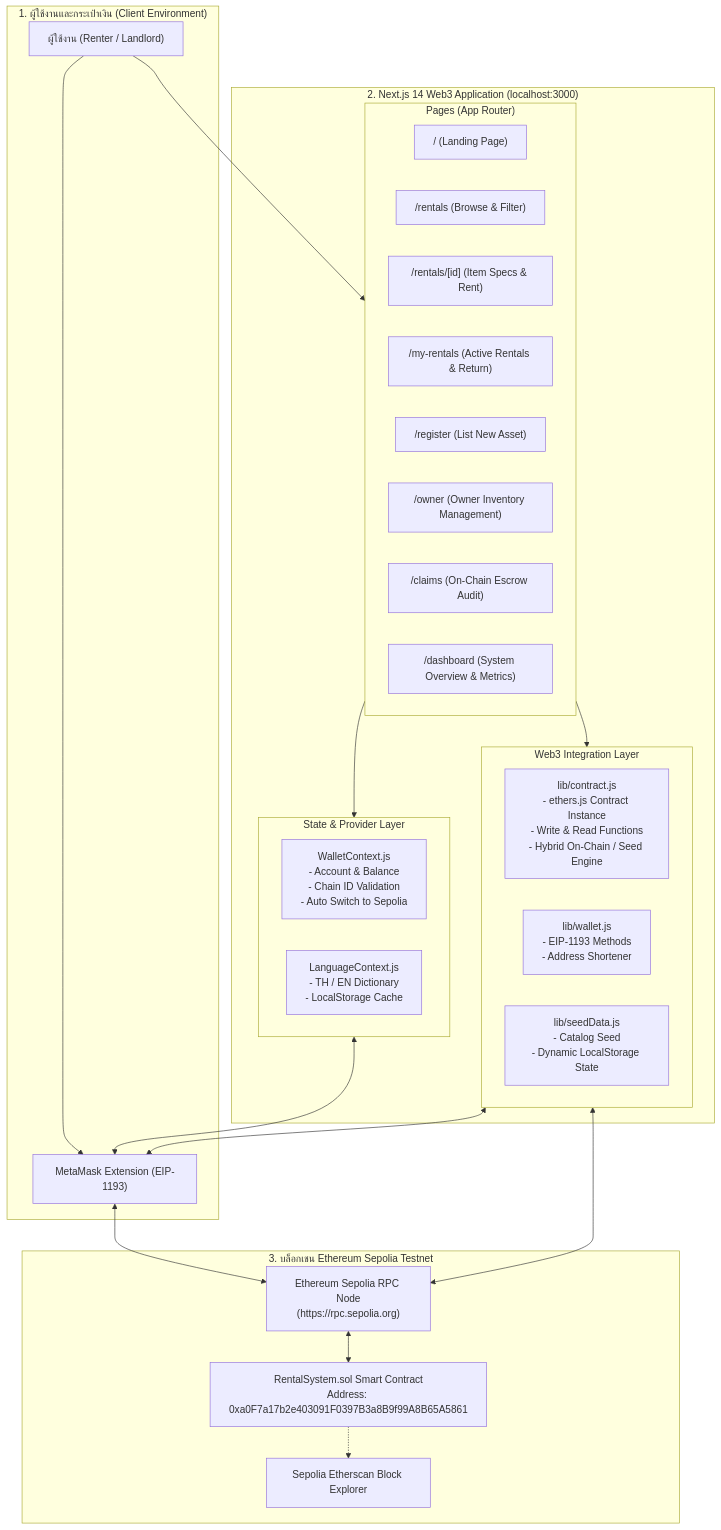
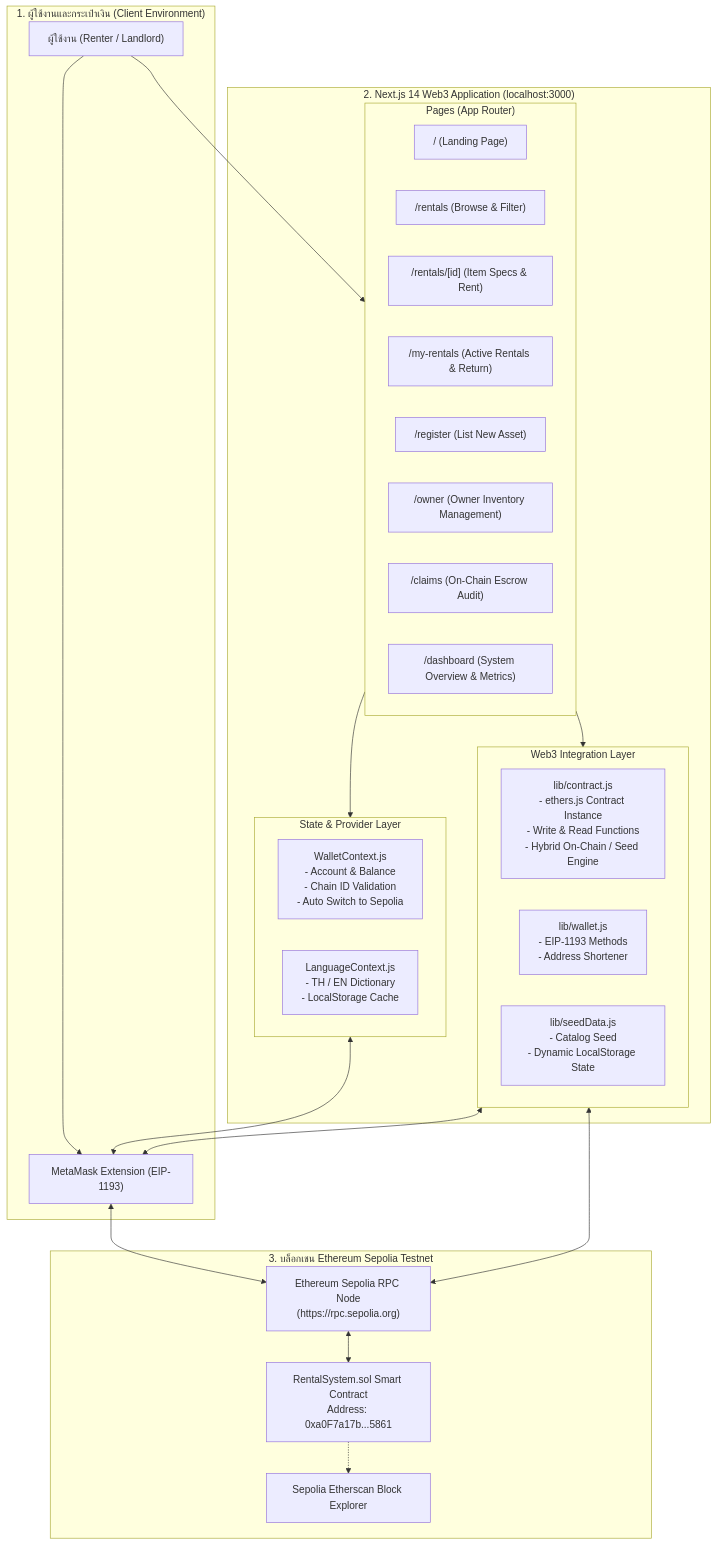
Before and after one commit to Kitikon15/Blockchain-Rental-System-DApp: the first of 2 diagrams in digital-rental/README.md, drawn with Mermaid. The commit also changed other lines of this file and 1 other file, not shown here.

````diff
--- a/digital-rental/README.md
+++ b/digital-rental/README.md
@@ -71,48 +71,48 @@
 ```mermaid
 flowchart TD
     subgraph ClientLayer ["1. ผู้ใช้งานและกระเป๋าเงิน (Client Environment)"]
         User["ผู้ใช้งาน (Renter / Landlord)"]
         MetaMask["MetaMask Extension (EIP-1193)"]
     end
 
     subgraph FrontendApp ["2. Next.js 14 Web3 Application (localhost:3000)"]
         subgraph Contexts ["State & Provider Layer"]
             WalletCtx["WalletContext.js\n- Account & Balance\n- Chain ID Validation\n- Auto Switch to Sepolia"]
             LangCtx["LanguageContext.js\n- TH / EN Dictionary\n- LocalStorage Cache"]
         end
 
         subgraph Routes ["Pages (App Router)"]
             P_Home["/ (Landing Page)"]
             P_Rentals["/rentals (Browse & Filter)"]
             P_Details["/rentals/[id] (Item Specs & Rent)"]
             P_MyRentals["/my-rentals (Active Rentals & Return)"]
             P_Register["/register (List New Asset)"]
             P_Owner["/owner (Owner Inventory Management)"]
             P_Claims["/claims (On-Chain Escrow Audit)"]
             P_Dash["/dashboard (System Overview & Metrics)"]
         end
 
         subgraph Services ["Web3 Integration Layer"]
             LibContract["lib/contract.js\n- ethers.js Contract Instance\n- Write & Read Functions\n- Hybrid On-Chain / Seed Engine"]
             LibWallet["lib/wallet.js\n- EIP-1193 Methods\n- Address Shortener"]
             LibSeed["lib/seedData.js\n- Catalog Seed\n- Dynamic LocalStorage State"]
         end
     end
 
     subgraph BlockchainNetwork ["3. บล็อกเชน Ethereum Sepolia Testnet"]
         SepoliaRPC["Ethereum Sepolia RPC Node\n(https://rpc.sepolia.org)"]
-        SmartContract["RentalSystem.sol Smart Contract\nAddress: 0xa0F7a17b2e403091F0397B3a8B9f99A8B65A5861"]
+        SmartContract["RentalSystem.sol Smart Contract\nAddress: 0xa0F7a17b...5861"]
         Etherscan["Sepolia Etherscan Block Explorer"]
     end
 
     User --> MetaMask
     User --> Routes
     Routes --> Contexts
     Routes --> Services
     Contexts <--> MetaMask
     Services <--> MetaMask
     MetaMask <--> SepoliaRPC
     Services <--> SepoliaRPC
     SepoliaRPC <--> SmartContract
     SmartContract -.-> Etherscan
 ```
````
